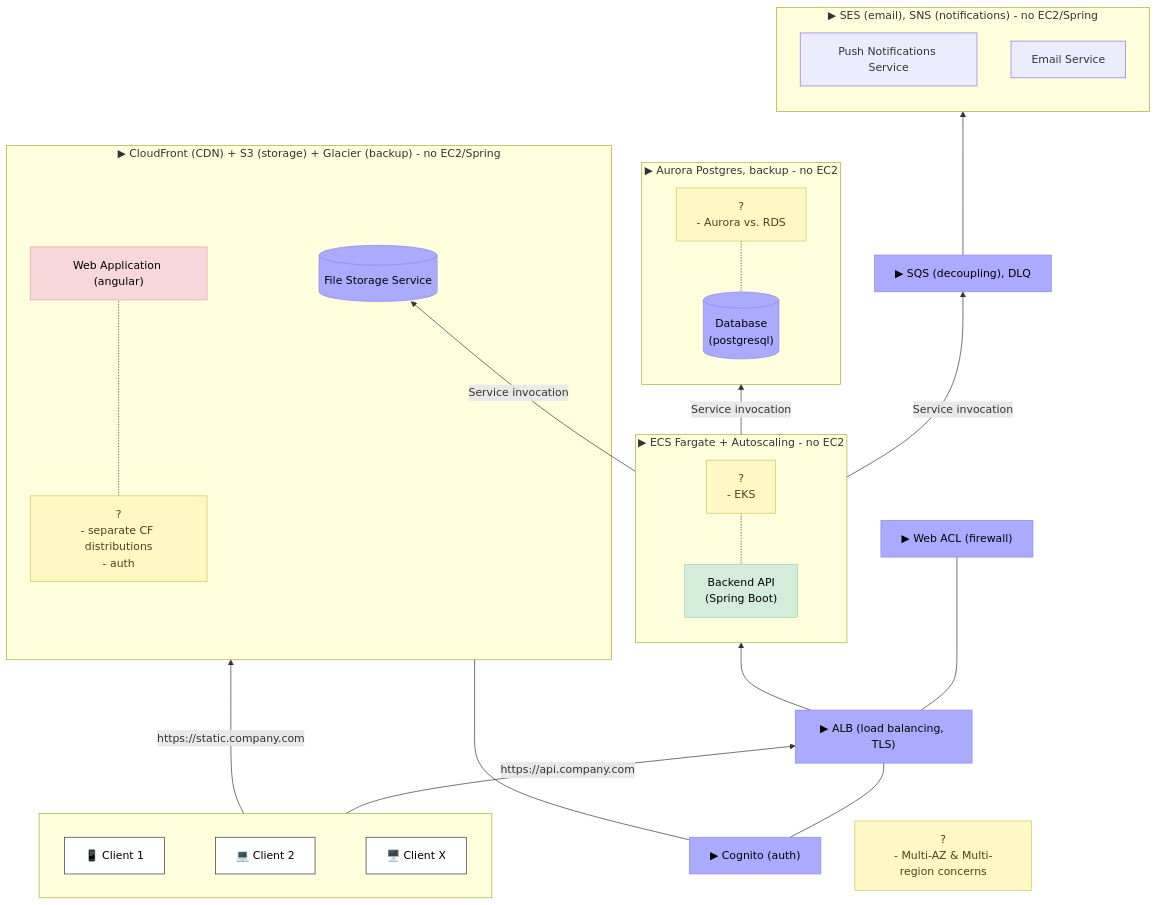
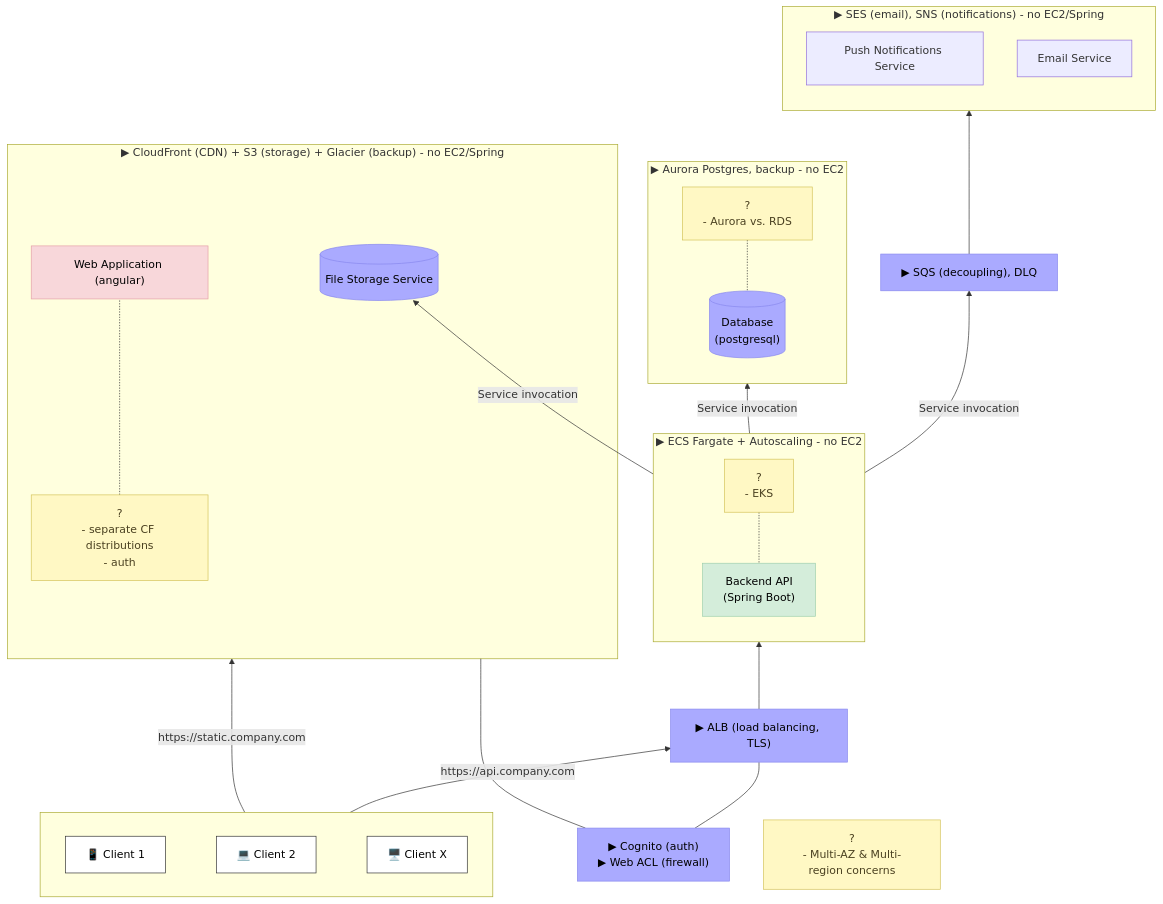
The second of 2 diagrams in system-design/monolith-decomposition.md (marek-burza/coding), drawn with Mermaid before and after one commit. The commit also changed other lines of this file, not shown here.

Commit message:
Updated after presentation

````diff
--- a/system-design/monolith-decomposition.md
+++ b/system-design/monolith-decomposition.md
@@ -137,72 +137,69 @@
 ```mermaid
 flowchart BT
     subgraph MESSAGING["▶ SES (email), SNS (notifications) - no EC2/Spring"]
         PUSH["Push Notifications Service"]
         EMAIL["Email Service"]
     end
 
     QUEUE["▶ SQS (decoupling), DLQ"]
 
     QUEUE --> MESSAGING
 
     subgraph DB["▶ Aurora Postgres, backup - no EC2"]
         POSTGRES[("Database<br/>(postgresql)")]
         NOTEDB["?<br/>- Aurora vs. RDS"]
         NOTEDB -.- POSTGRES
     end
 
     subgraph CF["▶ CloudFront (CDN) + S3 (storage) + Glacier (backup) - no EC2/Spring"]
         FILES[("File Storage Service")]
         WEB["Web Application (angular)"]
         NOTECF["?<br/>- separate CF distributions<br/>- auth"]
         NOTECF -.- WEB
     end
 
-    COGNITO["▶ Cognito (auth)"]
+    COGNITO["▶ Cognito (auth)<br/>▶ Web ACL (firewall)"]
 
     subgraph ECS["▶ ECS Fargate + Autoscaling - no EC2"]
         API["Backend API<br/>(Spring Boot)"]
         NOTEAPI["?<br/>- EKS"]
         NOTEAPI -.- API
     end
 
     ECS -->|Service invocation| QUEUE
     ECS -->|Service invocation| DB
     ECS -->|Service invocation| FILES
 
-    FIREWALL["▶ Web ACL (firewall)"]
-
     ALB["▶ ALB (load balancing, TLS)"]
 
     ALB --> ECS
-    ALB --- FIREWALL
-
+  
     COGNITO --- ALB
     COGNITO --- CF
 
     subgraph CLIENTS[" "]
         direction LR
         C1["📱 Client 1"]
         C2["💻 Client 2"]
         CX["🖥️ Client X"]
         %% (force layout)
         C1 ~~~ C2 ~~~ CX
     end
 
     CLIENTS -->|https://api.company.com| ALB
     CLIENTS -->|https://static.company.com| CF
 
     NOTEMULTI["?<br/>- Multi-AZ & Multi-region concerns"]
 
     classDef web fill:#f8d7da,stroke:#e4a0a8,color:#000
     classDef api fill:#d4edda,stroke:#9ecfae,color:#000
     classDef managed fill:#aaaaff,stroke:#8888ee,color:#000
     classDef client fill:#fff,stroke:#333,color:#000
     classDef note fill:#fff8c4,stroke:#d4c35a,stroke-width:1px,color:#4a4020
 
     class WEB web
     class API api
-    class QUEUE,POSTGRES,FILES,ALB,COGNITO,FIREWALL managed
+    class QUEUE,POSTGRES,FILES,ALB,COGNITO managed
     class C1,C2,CX client
     class NOTECF,NOTEAPI,NOTEDB,NOTEMULTI note
 ```
````
